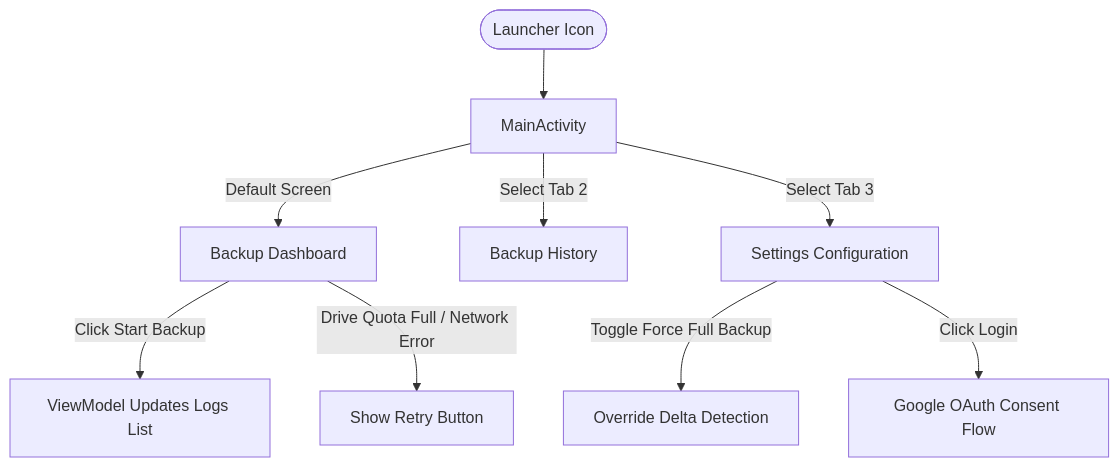
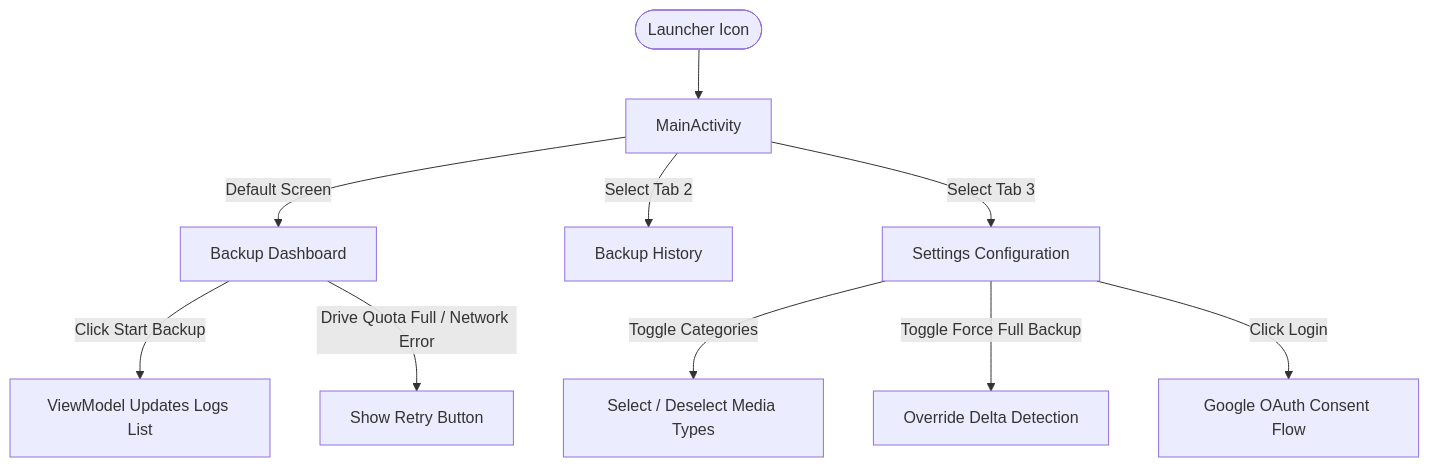
The diagram in SCREENTOUR.md (nandakumar-nandu/WABackupPro), drawn with Mermaid before and after one commit. The commit also changed other lines of this file and 13 other files, not shown here.

````diff
--- a/SCREENTOUR.md
+++ b/SCREENTOUR.md
@@ -56,12 +60,13 @@
 ```mermaid
 graph TD
     Launcher([Launcher Icon]) --> MainActivity[MainActivity]
     MainActivity -->|Default Screen| BackupFragment[Backup Dashboard]
     MainActivity -->|Select Tab 2| HistoryFragment[Backup History]
     MainActivity -->|Select Tab 3| SettingsFragment[Settings Configuration]
     
     BackupFragment -->|Click Start Backup| LogView[ViewModel Updates Logs List]
     BackupFragment -->|Drive Quota Full / Network Error| RetryButton[Show Retry Button]
+    SettingsFragment -->|Toggle Categories| CatSwitch[Select / Deselect Media Types]
     SettingsFragment -->|Toggle Force Full Backup| DeltaSwitch[Override Delta Detection]
     SettingsFragment -->|Click Login| GoogleConsent[Google OAuth Consent Flow]
 ```
````
